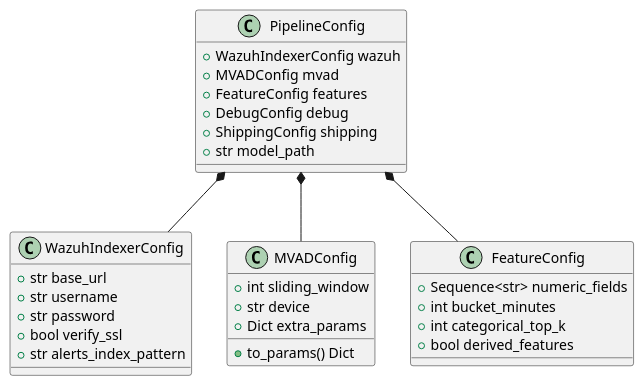
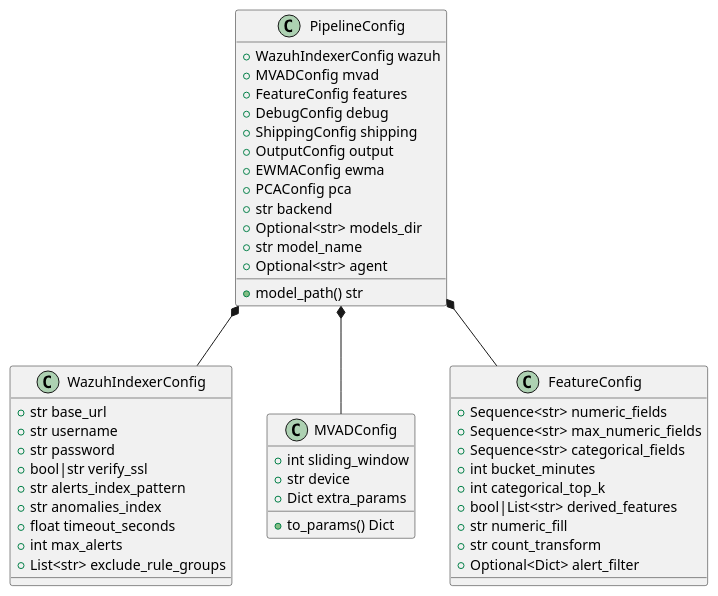
The first of 4 diagrams in docs/specs/swd/SWD-022.md (AbstractionsLab/idps-escape), drawn with PlantUML before and after one commit. The commit also changed other lines of this file and 682 other files, not shown here.

````diff
--- a/docs/specs/swd/SWD-022.md
+++ b/docs/specs/swd/SWD-022.md
@@ -21,38 +21,54 @@
 ```plantuml
 @startuml
 class PipelineConfig {
   +WazuhIndexerConfig wazuh
   +MVADConfig mvad
   +FeatureConfig features
   +DebugConfig debug
   +ShippingConfig shipping
-  +str model_path
+  +OutputConfig output
+  +EWMAConfig ewma
+  +PCAConfig pca
+  +str backend
+  +Optional<str> models_dir
+  +str model_name
+  +Optional<str> agent
+  +model_path() str
 }
 
 class WazuhIndexerConfig {
   +str base_url
   +str username
   +str password
-  +bool verify_ssl
+  +bool|str verify_ssl
   +str alerts_index_pattern
+  +str anomalies_index
+  +float timeout_seconds
+  +int max_alerts
+  +List<str> exclude_rule_groups
 }
 
 class MVADConfig {
   +int sliding_window
   +str device
   +Dict extra_params
   +to_params() Dict
 }
 
 class FeatureConfig {
   +Sequence<str> numeric_fields
+  +Sequence<str> max_numeric_fields
+  +Sequence<str> categorical_fields
   +int bucket_minutes
   +int categorical_top_k
-  +bool derived_features
+  +bool|List<str> derived_features
+  +str numeric_fill
+  +str count_transform
+  +Optional<Dict> alert_filter
 }
 
 PipelineConfig *-- WazuhIndexerConfig
 PipelineConfig *-- MVADConfig
 PipelineConfig *-- FeatureConfig
 @enduml
 ```
````
